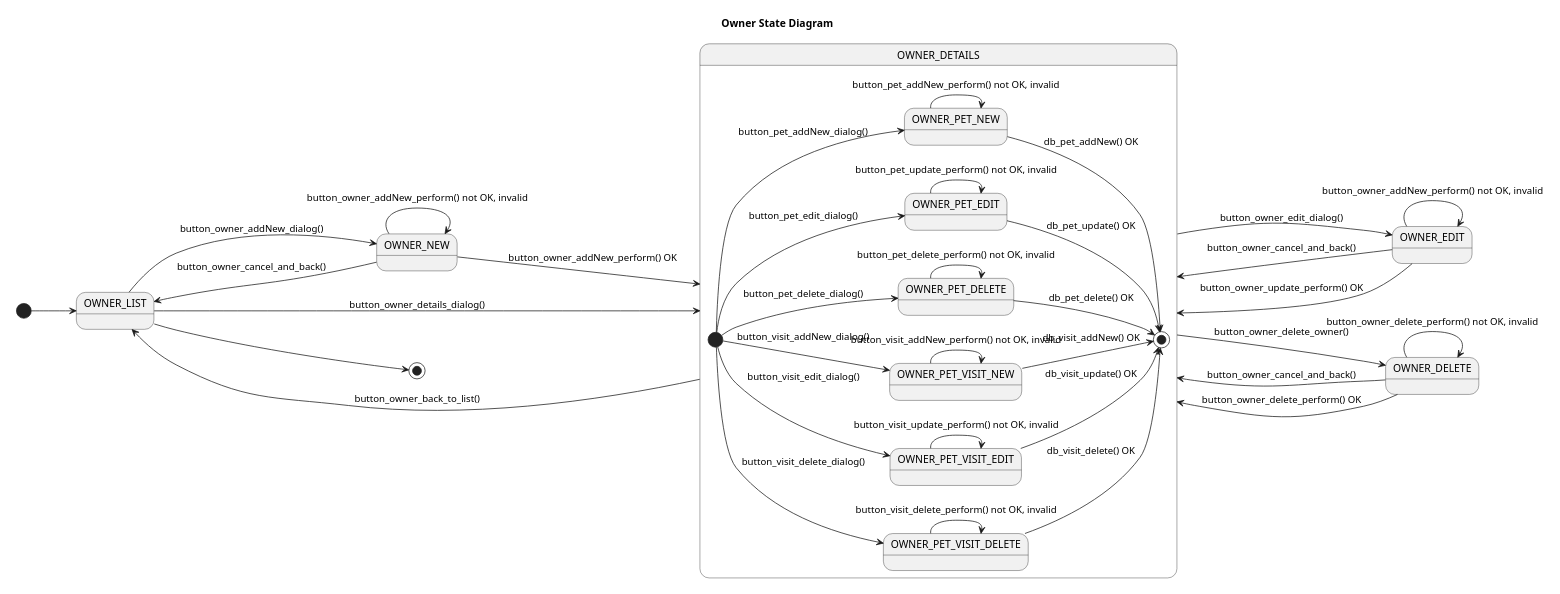
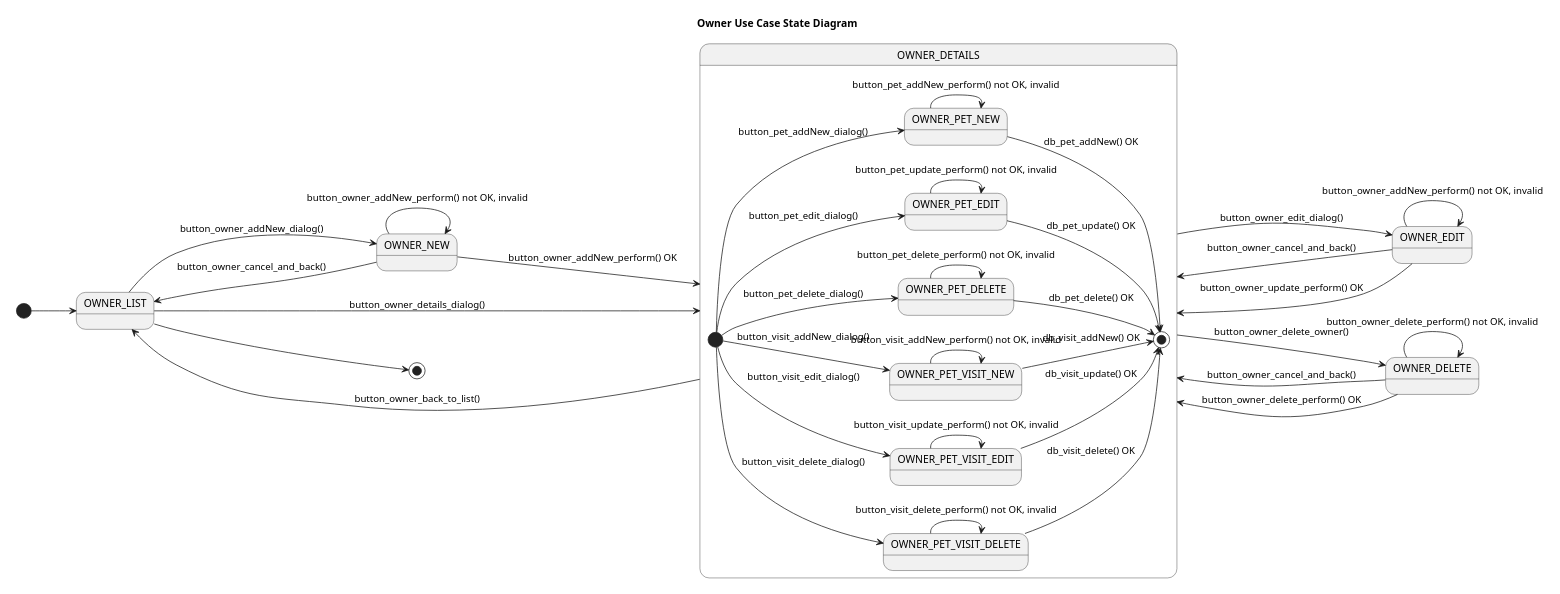
One commit to Jakarta-EE-Petclinic/petclinic-uml changed the diagram in puml/owner/concept/Owner__UseCases__State.puml. Above: the diagram before and after it, drawn with PlantUML. The commit also changed 13 other files, not shown here.

```diff
--- a/puml/owner/concept/Owner__UseCases__State.puml
+++ b/puml/owner/concept/Owner__UseCases__State.puml
@@ -1,79 +1,79 @@
 @startuml
 
-title Owner State Diagram
+title Owner Use Case State Diagram
 
 'https://plantuml.com/state-diagram
 
 left to right direction
 'top to bottom direction
 
 scale 1000 width
 
 [*] --> OWNER_LIST
 
 OWNER_LIST --> OWNER_NEW :   button_owner_addNew_dialog()
 OWNER_NEW --> OWNER_LIST:    button_owner_cancel_and_back()
 OWNER_NEW --> OWNER_DETAILS: button_owner_addNew_perform() OK
 
 OWNER_LIST --> OWNER_DETAILS: button_owner_details_dialog()
 OWNER_DETAILS --> OWNER_LIST: button_owner_back_to_list()
 
 OWNER_DETAILS --> OWNER_EDIT: button_owner_edit_dialog()
 OWNER_EDIT --> OWNER_DETAILS: button_owner_cancel_and_back()
 OWNER_EDIT --> OWNER_DETAILS: button_owner_update_perform() OK
 
 OWNER_DETAILS --> OWNER_DELETE: button_owner_delete_owner()
 OWNER_DELETE --> OWNER_DETAILS: button_owner_cancel_and_back()
 OWNER_DELETE --> OWNER_DETAILS: button_owner_delete_perform() OK
 
 state OWNER_DETAILS {
 
     [*] --> OWNER_PET_NEW: button_pet_addNew_dialog()
     [*] --> OWNER_PET_EDIT: button_pet_edit_dialog()
     [*] --> OWNER_PET_DELETE: button_pet_delete_dialog()
 
     [*] --> OWNER_PET_VISIT_NEW: button_visit_addNew_dialog()
     [*] --> OWNER_PET_VISIT_EDIT: button_visit_edit_dialog()
     [*] --> OWNER_PET_VISIT_DELETE: button_visit_delete_dialog()
 
     OWNER_PET_NEW --> [*] : db_pet_addNew() OK
     OWNER_PET_EDIT --> [*] : db_pet_update() OK
     OWNER_PET_DELETE --> [*]: db_pet_delete() OK
 
     OWNER_PET_VISIT_NEW --> [*] : db_visit_addNew() OK
     OWNER_PET_VISIT_EDIT --> [*] : db_visit_update() OK
     OWNER_PET_VISIT_DELETE --> [*]: db_visit_delete() OK
 
     state OWNER_PET_NEW {
         OWNER_PET_NEW --> OWNER_PET_NEW : button_pet_addNew_perform() not OK, invalid
     }
     state OWNER_PET_EDIT {
         OWNER_PET_EDIT --> OWNER_PET_EDIT : button_pet_update_perform() not OK, invalid
     }
     state OWNER_PET_DELETE {
         OWNER_PET_DELETE --> OWNER_PET_DELETE: button_pet_delete_perform() not OK, invalid
     }
 
     state OWNER_PET_VISIT_NEW {
         OWNER_PET_VISIT_NEW --> OWNER_PET_VISIT_NEW : button_visit_addNew_perform() not OK, invalid
     }
     state OWNER_PET_VISIT_EDIT {
         OWNER_PET_VISIT_EDIT --> OWNER_PET_VISIT_EDIT : button_visit_update_perform() not OK, invalid
     }
     state OWNER_PET_VISIT_DELETE {
         OWNER_PET_VISIT_DELETE --> OWNER_PET_VISIT_DELETE: button_visit_delete_perform() not OK, invalid
     }
 }
 state OWNER_EDIT {
     OWNER_EDIT --> OWNER_EDIT: button_owner_addNew_perform() not OK, invalid
 }
 state OWNER_DELETE {
     OWNER_DELETE --> OWNER_DELETE: button_owner_delete_perform() not OK, invalid
 }
 state OWNER_NEW {
     OWNER_NEW --> OWNER_NEW : button_owner_addNew_perform() not OK, invalid
 }
 
 OWNER_LIST --> [*]
 
 @enduml
```
